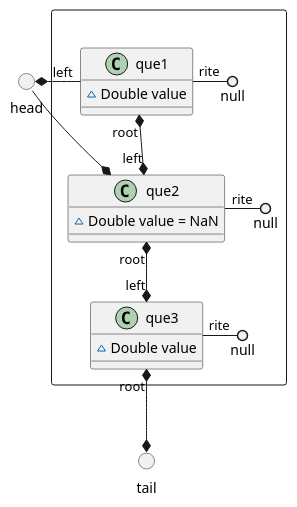
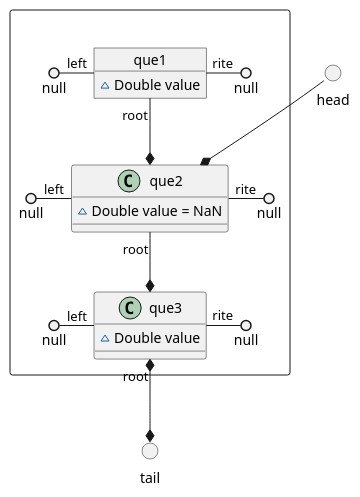
Before and after one commit to vitalispopoff/calculator: the diagram in src/docs/UML/reorderScheme/_02_queue.puml, drawn with PlantUML. The commit also changed 17 other files, not shown here.

```diff
--- a/src/docs/UML/reorderScheme/_02_queue.puml
+++ b/src/docs/UML/reorderScheme/_02_queue.puml
@@ -1,31 +1,32 @@
 @startuml
 
 () head
 () tail
 
 package " " <<Rectangle>>{
 
-    head*- "left" que1
-    head --* que2
+         head --* que2
 
     object que1{
         ~ Double value
     }
+    null ()- "left" que1
         que1 "rite" -() null
-        que1 "root" *--* "left" que2
+        que1 "root" --* que2
 
     object que2{
         ~ Double value = NaN
     }
+        null ()- "left" que2
         que2 "rite" -() null
-        que2 "root" *--*  "left" que3
+        que2 "root" --* que3
 
     object que3{
         ~ Double value
     }
+        null ()- "left" que3
         que3 "rite" -() null
         que3 "root" *--* tail
-
 }
 
 @enduml
```
